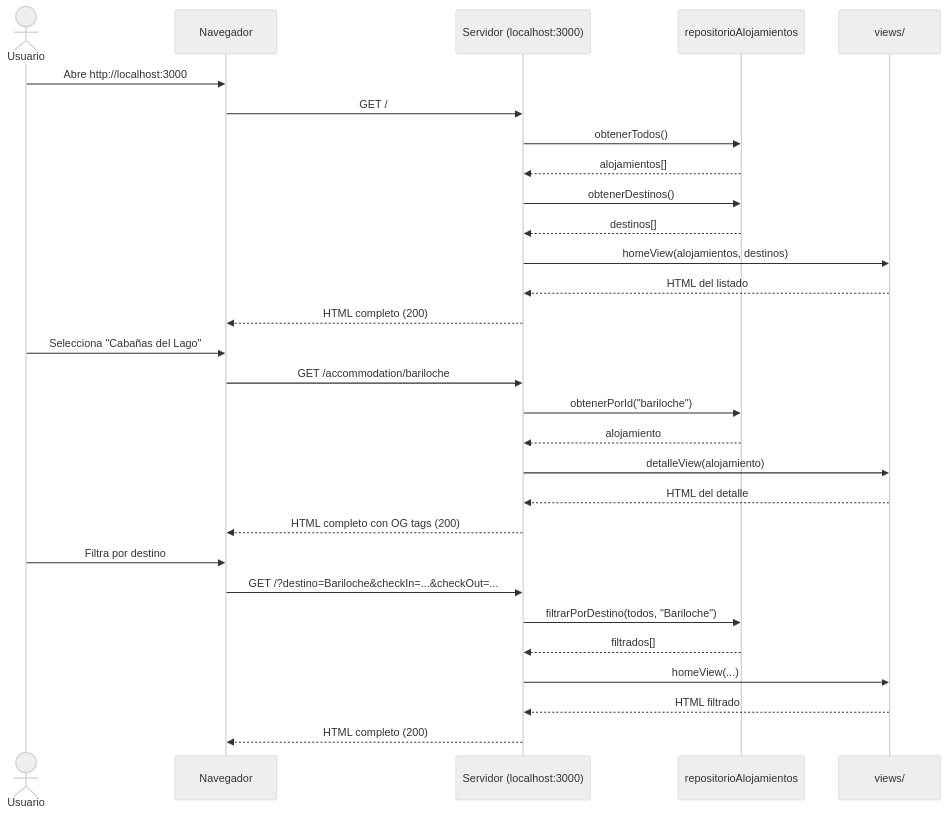
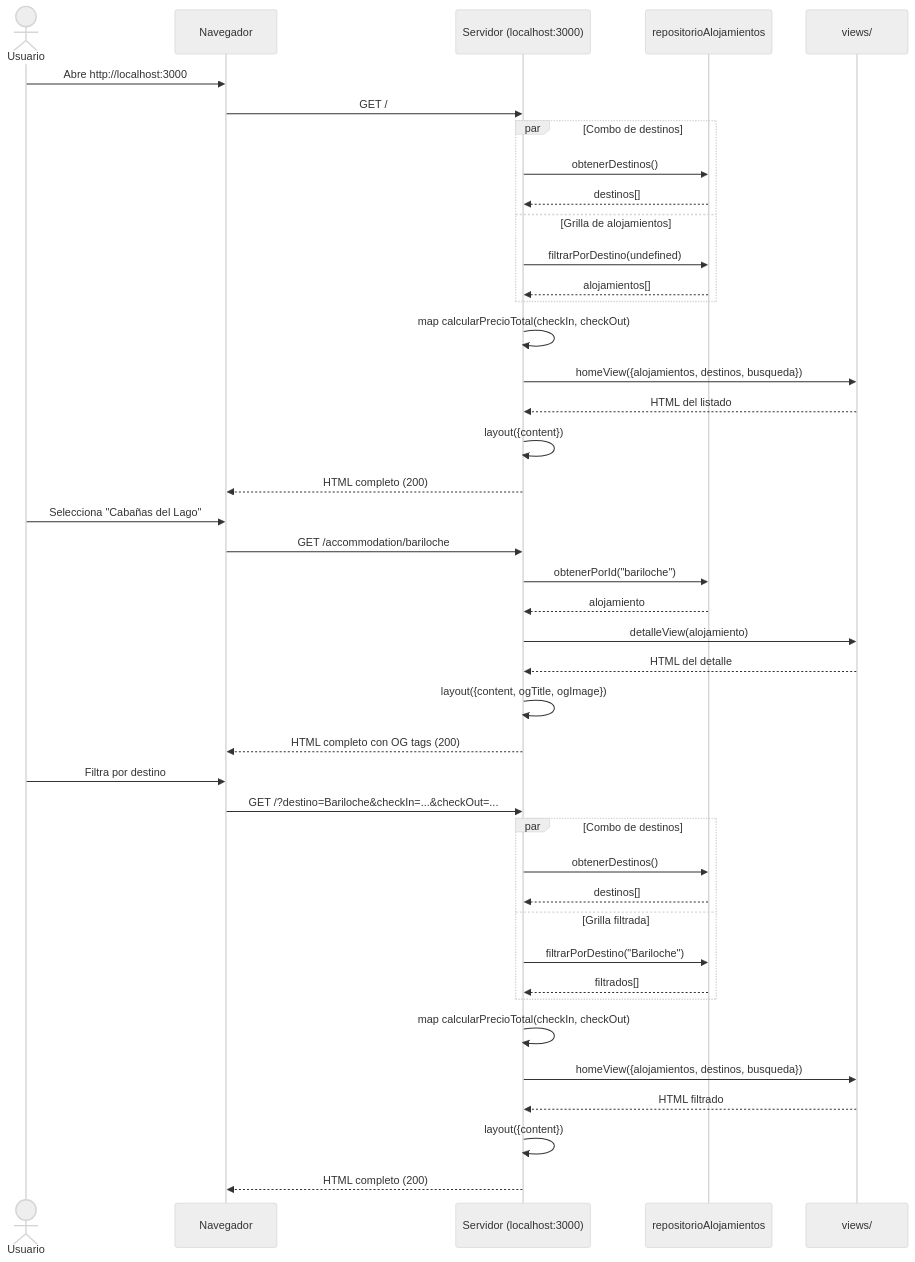
One commit to uqbar-project/eg-hoteleria-ssr-react changed the diagram in README.md. Above: the diagram before and after it, drawn with Mermaid (neutral theme). The commit also changed other lines of this file and 7 other files, not shown here.

````diff
--- a/README.md
+++ b/README.md
@@ -162,34 +162,47 @@
 ```mermaid
 sequenceDiagram
     actor User as Usuario
     participant Browser as Navegador
     participant Server as Servidor (localhost:3000)
     participant Repo as repositorioAlojamientos
     participant View as views/
 
     User->>Browser: Abre http://localhost:3000
     Browser->>Server: GET /
-    Server->>Repo: obtenerTodos()
-    Repo-->>Server: alojamientos[]
-    Server->>Repo: obtenerDestinos()
-    Repo-->>Server: destinos[]
-    Server->>View: homeView(alojamientos, destinos)
+    par Combo de destinos
+        Server->>Repo: obtenerDestinos()
+        Repo-->>Server: destinos[]
+    and Grilla de alojamientos
+        Server->>Repo: filtrarPorDestino(undefined)
+        Repo-->>Server: alojamientos[]
+    end
+    Server->>Server: map calcularPrecioTotal(checkIn, checkOut)
+    Server->>View: homeView({alojamientos, destinos, busqueda})
     View-->>Server: HTML del listado
+    Server->>Server: layout({content})
     Server-->>Browser: HTML completo (200)
 
     User->>Browser: Selecciona "Cabañas del Lago"
     Browser->>Server: GET /accommodation/bariloche
     Server->>Repo: obtenerPorId("bariloche")
     Repo-->>Server: alojamiento
     Server->>View: detalleView(alojamiento)
     View-->>Server: HTML del detalle
+    Server->>Server: layout({content, ogTitle, ogImage})
     Server-->>Browser: HTML completo con OG tags (200)
 
     User->>Browser: Filtra por destino
     Browser->>Server: GET /?destino=Bariloche&checkIn=...&checkOut=...
-    Server->>Repo: filtrarPorDestino(todos, "Bariloche")
-    Repo-->>Server: filtrados[]
-    Server->>View: homeView(...)
+    par Combo de destinos
+        Server->>Repo: obtenerDestinos()
+        Repo-->>Server: destinos[]
+    and Grilla filtrada
+        Server->>Repo: filtrarPorDestino("Bariloche")
+        Repo-->>Server: filtrados[]
+    end
+    Server->>Server: map calcularPrecioTotal(checkIn, checkOut)
+    Server->>View: homeView({alojamientos, destinos, busqueda})
     View-->>Server: HTML filtrado
+    Server->>Server: layout({content})
     Server-->>Browser: HTML completo (200)
 ```
````
